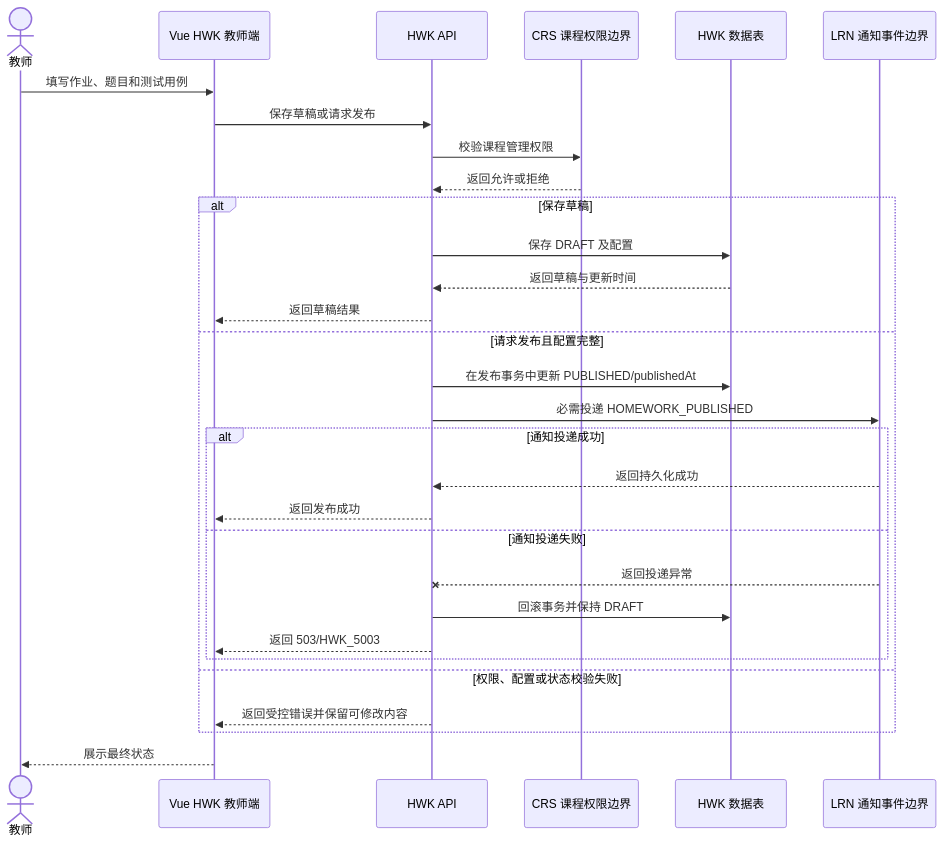
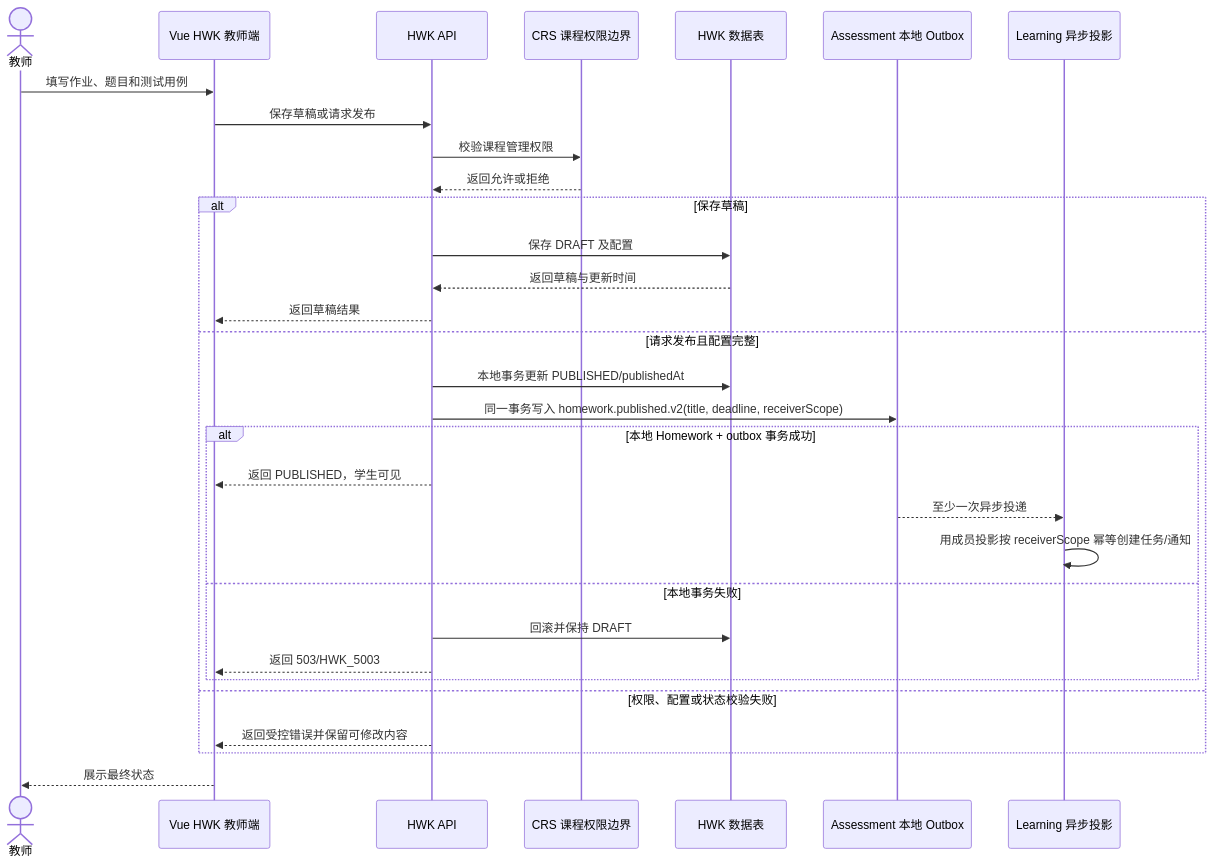
Before and after one commit to Cr4zyorange/OnlineJudge: the diagram in docs/diagrams/arch/fig_5_2_hwk_02_publish_component.mmd, drawn with Mermaid. The commit also changed 28 other files, not shown here.

Commit message:
docs(contracts): migrate homework publication to v2 outbox

```diff
--- a/docs/diagrams/arch/fig_5_2_hwk_02_publish_component.mmd
+++ b/docs/diagrams/arch/fig_5_2_hwk_02_publish_component.mmd
@@ -1,30 +1,31 @@
 sequenceDiagram
   actor Teacher as 教师
   participant Frontend as Vue HWK 教师端
   participant API as HWK API
   participant Permission as CRS 课程权限边界
   participant DB as HWK 数据表
-  participant Notification as LRN 通知事件边界
+  participant Outbox as Assessment 本地 Outbox
+  participant Learning as Learning 异步投影
   Teacher->>Frontend: 填写作业、题目和测试用例
   Frontend->>API: 保存草稿或请求发布
   API->>Permission: 校验课程管理权限
   Permission-->>API: 返回允许或拒绝
   alt 保存草稿
     API->>DB: 保存 DRAFT 及配置
     DB-->>API: 返回草稿与更新时间
     API-->>Frontend: 返回草稿结果
   else 请求发布且配置完整
-    API->>DB: 在发布事务中更新 PUBLISHED/publishedAt
-    API->>Notification: 必需投递 HOMEWORK_PUBLISHED
-    alt 通知投递成功
-      Notification-->>API: 返回持久化成功
-      API-->>Frontend: 返回发布成功
-    else 通知投递失败
-      Notification--xAPI: 返回投递异常
-      API->>DB: 回滚事务并保持 DRAFT
+    API->>DB: 本地事务更新 PUBLISHED/publishedAt
+    API->>Outbox: 同一事务写入 homework.published.v2(title, deadline, receiverScope)
+    alt 本地 Homework + outbox 事务成功
+      API-->>Frontend: 返回 PUBLISHED，学生可见
+      Outbox-->>Learning: 至少一次异步投递
+      Learning->>Learning: 用成员投影按 receiverScope 幂等创建任务/通知
+    else 本地事务失败
+      API->>DB: 回滚并保持 DRAFT
       API-->>Frontend: 返回 503/HWK_5003
     end
   else 权限、配置或状态校验失败
     API-->>Frontend: 返回受控错误并保留可修改内容
   end
   Frontend-->>Teacher: 展示最终状态
```
